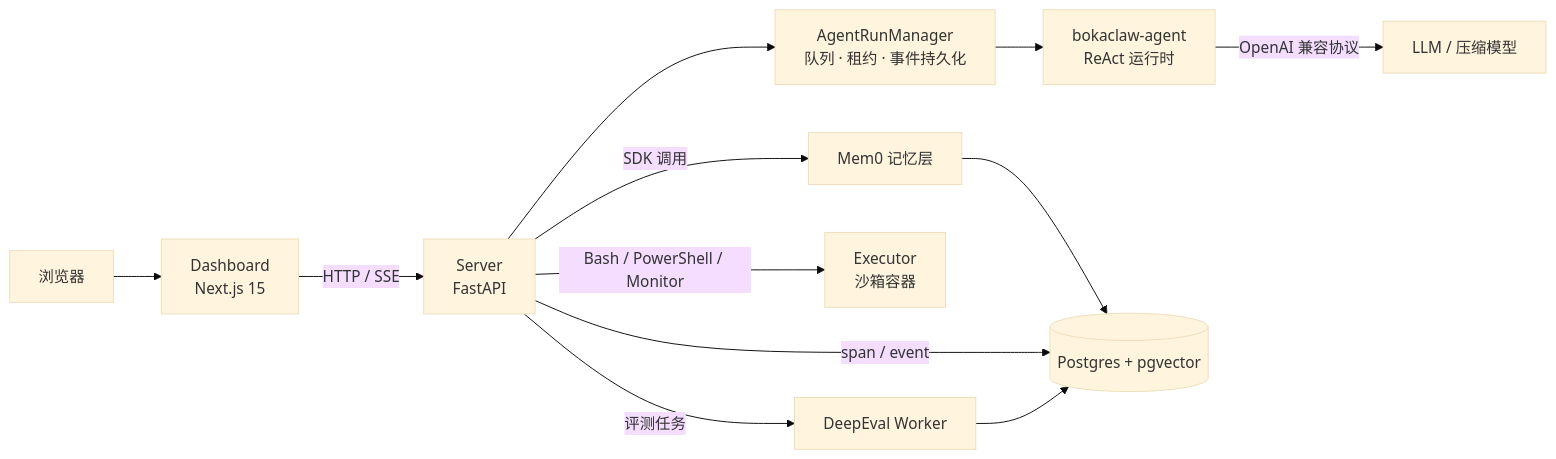
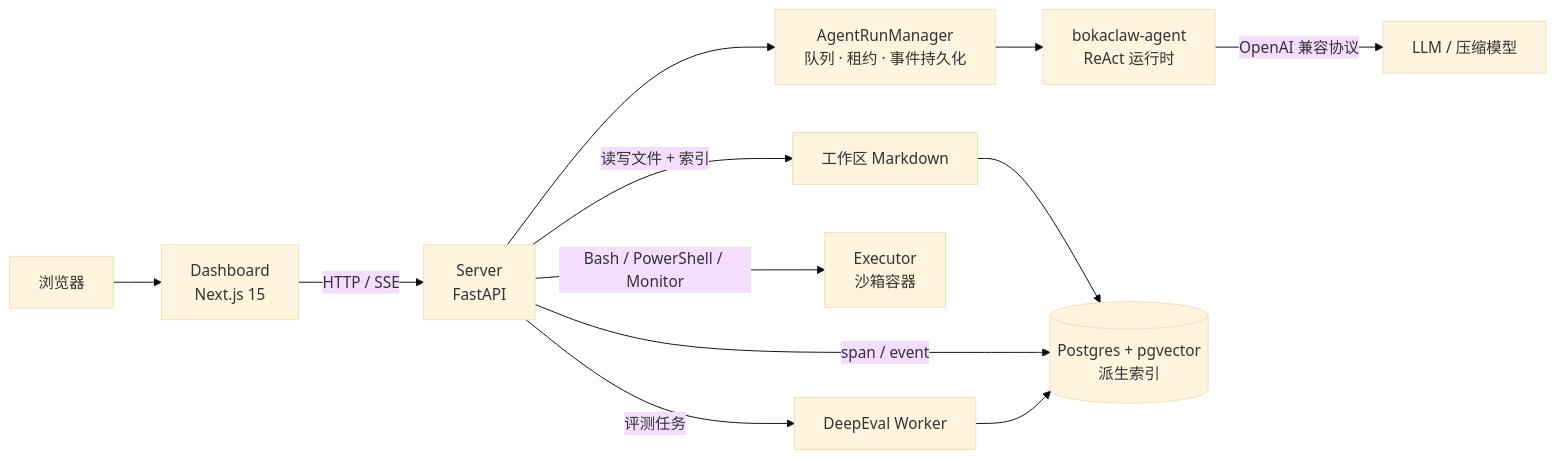
The diagram in README.md (Kaibome/BokaClaw), drawn with Mermaid (base theme) before and after one commit. The commit also changed other lines of this file and 1460 other files, not shown here.

First line of the commit message:
feat(memory): replace Mem0 with workspace Markdown storage

````diff
--- a/README.md
+++ b/README.md
@@ -30,17 +30,17 @@
 ```mermaid
 flowchart LR
     Browser["浏览器"] --> Dashboard["Dashboard<br/>Next.js 15"]
     Dashboard -->|"HTTP / SSE"| Server["Server<br/>FastAPI"]
 
     Server --> Manager["AgentRunManager<br/>队列 · 租约 · 事件持久化"]
     Manager --> Runtime["bokaclaw-agent<br/>ReAct 运行时"]
 
     Runtime -->|"OpenAI 兼容协议"| Model["LLM / 压缩模型"]
-    Server -->|"SDK 调用"| Memory["Mem0 记忆层"]
-    Memory --> PG[("Postgres + pgvector")]
+    Server -->|"读写文件 + 索引"| Memory["工作区 Markdown"]
+    Memory --> PG[("Postgres + pgvector<br/>派生索引")]
 
     Server -->|"Bash / PowerShell / Monitor"| Executor["Executor<br/>沙箱容器"]
     Server -->|"span / event"| PG
     Server -->|"评测任务"| Eval["DeepEval Worker"]
     Eval --> PG
 ```
````
